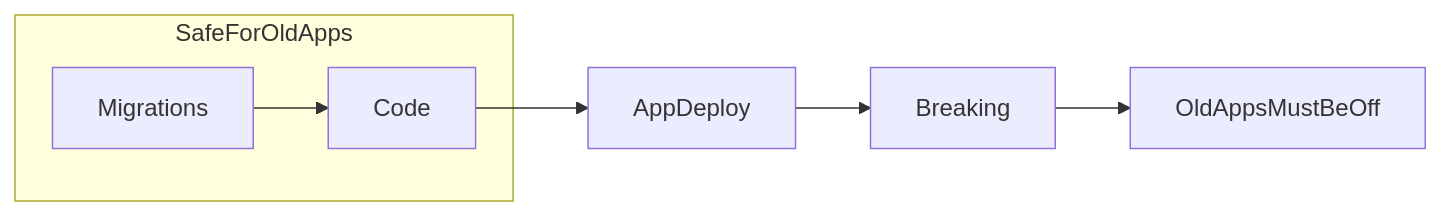
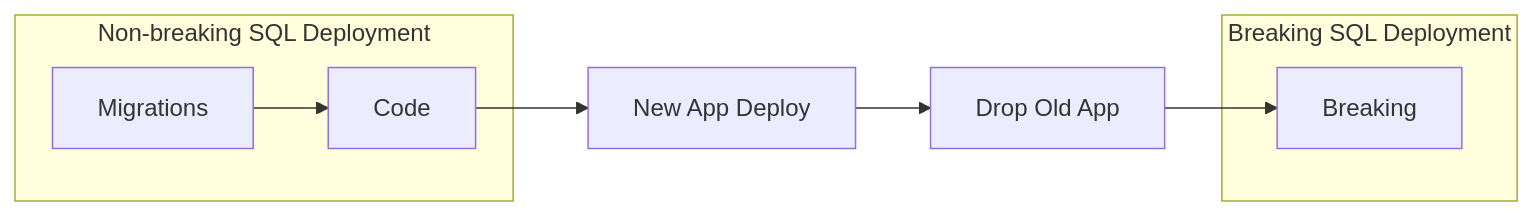
Before and after one commit to zacoders/DbLive: the first of 2 diagrams in docs/philosophy.md, drawn with Mermaid. The commit also changed other lines of this file and 13 other files, not shown here.

````diff
--- a/docs/philosophy.md
+++ b/docs/philosophy.md
@@ -117,11 +54,13 @@
 ```mermaid
 flowchart LR
-    subgraph safe [SafeForOldApps]
+    subgraph safe [Non-breaking SQL Deployment]
         M[Migrations]
         C[Code]
     end
-    A[AppDeploy]
-    B[Breaking]
-    M --> C --> A --> B
-    B --> X[OldAppsMustBeOff]
+    A[New App Deploy]
+    D[Drop Old App]
+    subgraph unsafe [Breaking SQL Deployment]
+        B[Breaking]
+    end
+    M --> C --> A --> D --> B
 ```
````
